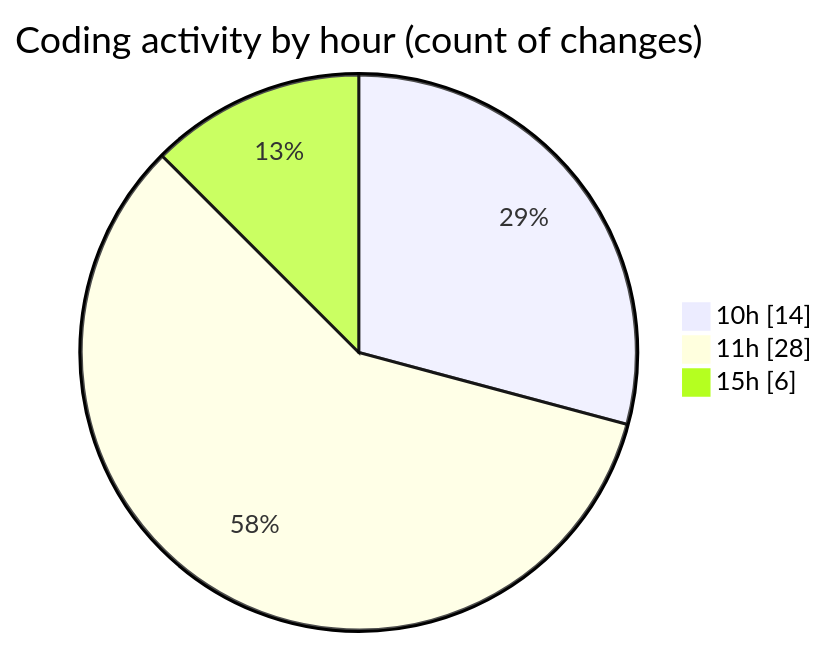
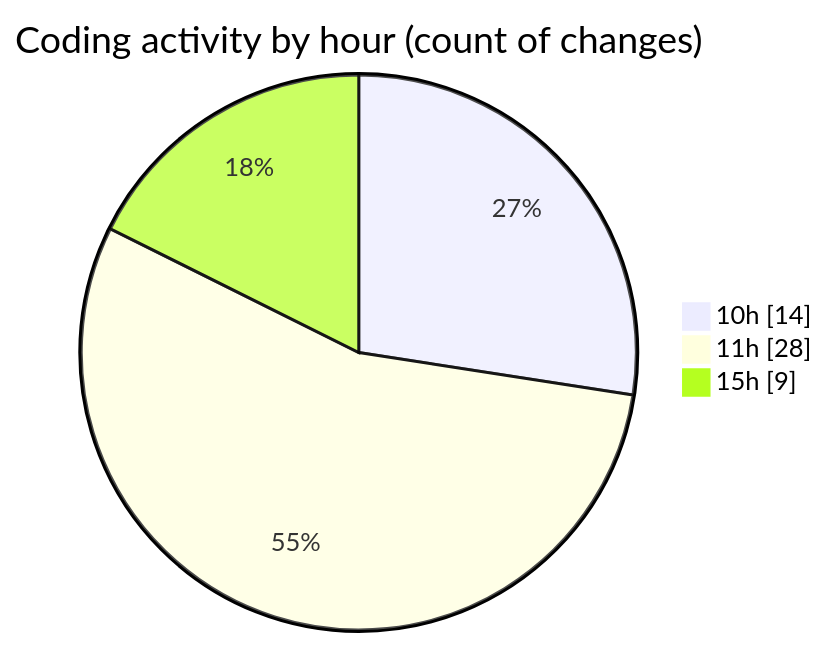
Before and after one commit to nxtqubesakshisongat/code-tracking: the second of 2 diagrams in 2026-04-05/nxtqube_webapp/README.md, drawn with Mermaid. The commit also changed other lines of this file and 1 other file, not shown here.

````diff
--- a/2026-04-05/nxtqube_webapp/README.md
+++ b/2026-04-05/nxtqube_webapp/README.md
@@ -37,7 +37,7 @@
 ```mermaid
 pie showData
 title Coding activity by hour (count of changes)
 "10h" : 14
 "11h" : 28
-"15h" : 6
+"15h" : 9
 ```
````
